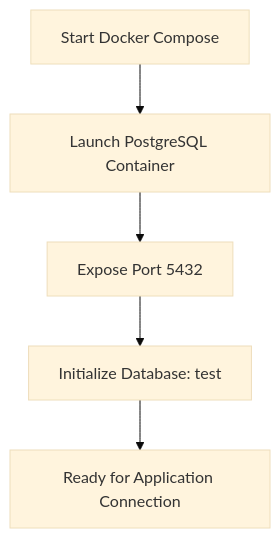
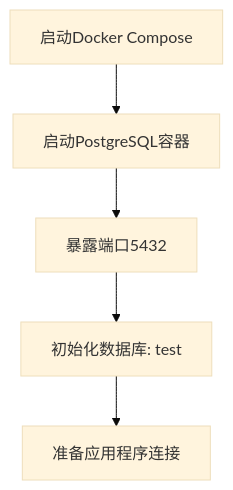
Before and after one commit to 26huitailang/kratos-boilerplate: the first of 2 diagrams in .qoder/repowiki/zh/content/Getting Started.md, drawn with Mermaid (base theme). The commit also changed other lines of this file and 62 other files, not shown here.

````diff
--- a/.qoder/repowiki/zh/content/Getting Started.md
+++ b/.qoder/repowiki/zh/content/Getting Started.md
@@ -80,7 +80,7 @@
 ```mermaid
 flowchart TD
-A["Start Docker Compose"] --> B["Launch PostgreSQL Container"]
-B --> C["Expose Port 5432"]
-C --> D["Initialize Database: test"]
-D --> E["Ready for Application Connection"]
+A["启动Docker Compose"] --> B["启动PostgreSQL容器"]
+B --> C["暴露端口5432"]
+C --> D["初始化数据库: test"]
+D --> E["准备应用程序连接"]
 ```
````
